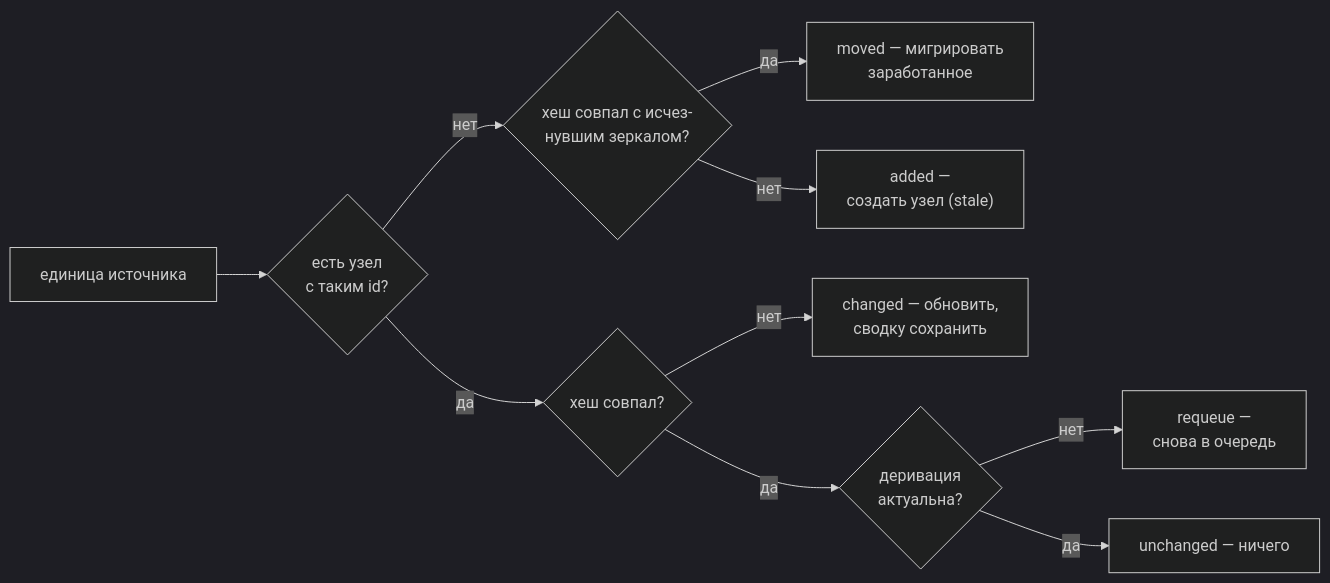
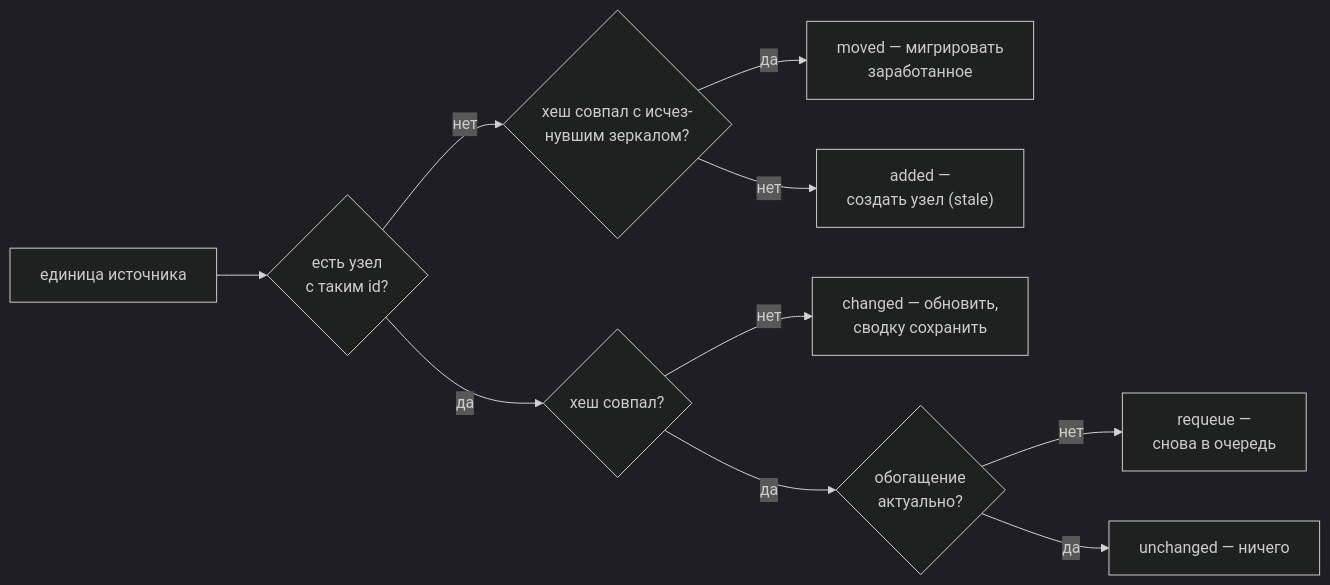
Before and after one commit to Kvazar123/llm-amg: the second of 3 diagrams in docs/ru/architecture/05-reconcile.md, drawn with Mermaid (dark theme). The commit also changed other lines of this file and 13 other files, not shown here.

````diff
--- a/docs/ru/architecture/05-reconcile.md
+++ b/docs/ru/architecture/05-reconcile.md
@@ -47,12 +47,12 @@
 ```mermaid
 flowchart LR
     U["единица источника"] --> Q1{есть узел<br/>с таким id?}
     Q1 -->|нет| MV{хеш совпал с исчез-<br/>нувшим зеркалом?}
     MV -->|да| MOV["moved — мигрировать<br/>заработанное"]
     MV -->|нет| ADD["added —<br/>создать узел (stale)"]
     Q1 -->|да| Q2{хеш совпал?}
     Q2 -->|нет| CH["changed — обновить,<br/>сводку сохранить"]
-    Q2 -->|да| Q3{деривация<br/>актуальна?}
+    Q2 -->|да| Q3{обогащение<br/>актуально?}
     Q3 -->|нет| RQ["requeue —<br/>снова в очередь"]
     Q3 -->|да| UN["unchanged — ничего"]
 ```
````
